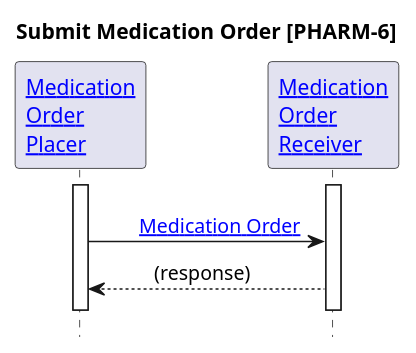
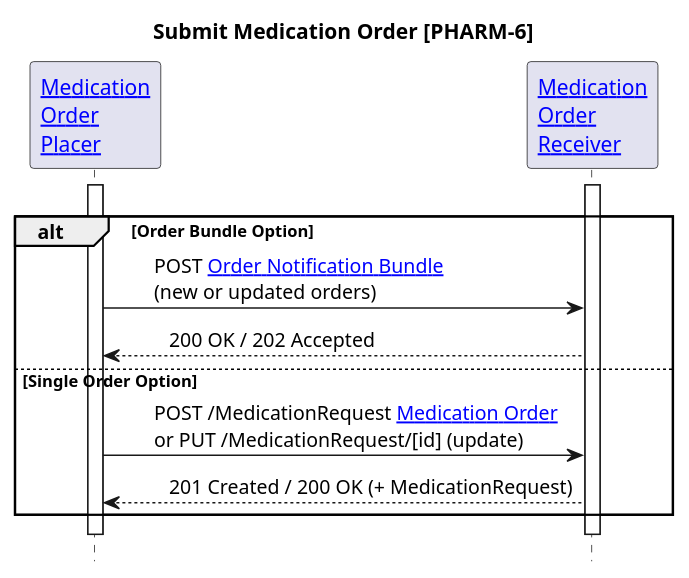
Before and after one commit to IHE/pharm-mpd: the diagram in input/images-source/pharm-6.plantuml, drawn with PlantUML. The commit also changed 9 other files, not shown here.

First line of the commit message:
[#98] [#119] PHARM-6: Order Bundle Option and Single Order Option

```diff
--- a/input/images-source/pharm-6.plantuml
+++ b/input/images-source/pharm-6.plantuml
@@ -1,23 +1,28 @@
 @startuml
 
 hide footbox
 
 '!include ./style.iuml
 
 Title Submit Medication Order [PHARM-6]
 
 Participant "[[actors-transactions.html#order-placer Medication\nOrder\nPlacer]]" as OP
 Participant "[[actors-transactions.html#order-receiver Medication\nOrder\nReceiver]]" as OF
 
 activate OP
 activate OF
 
 OP -[hidden]> OF
-OP -> OF: \t[[StructureDefinition-IHEMedicationOrder.html{Medication Order} Medication Order]]
-OP <-- OF: \t(response)\t
+alt Order Bundle Option
+  OP -> OF: \tPOST [[StructureDefinition-IHEMedicationOrderNotificationBundle.html{Medication Order Notification Bundle} Order Notification Bundle]]\n\t(new or updated orders)
+  OP <-- OF: \t200 OK / 202 Accepted\t
+else Single Order Option
+  OP -> OF: \tPOST /MedicationRequest [[StructureDefinition-IHEMedicationOrder.html{Medication Order} Medication Order]]\n\tor PUT /MedicationRequest/[id] (update)
+  OP <-- OF: \t201 Created / 200 OK (+ MedicationRequest)\t
+end
 OP -[hidden]> OF
 
 deactivate OP
 deactivate OF
 
 @enduml
```
